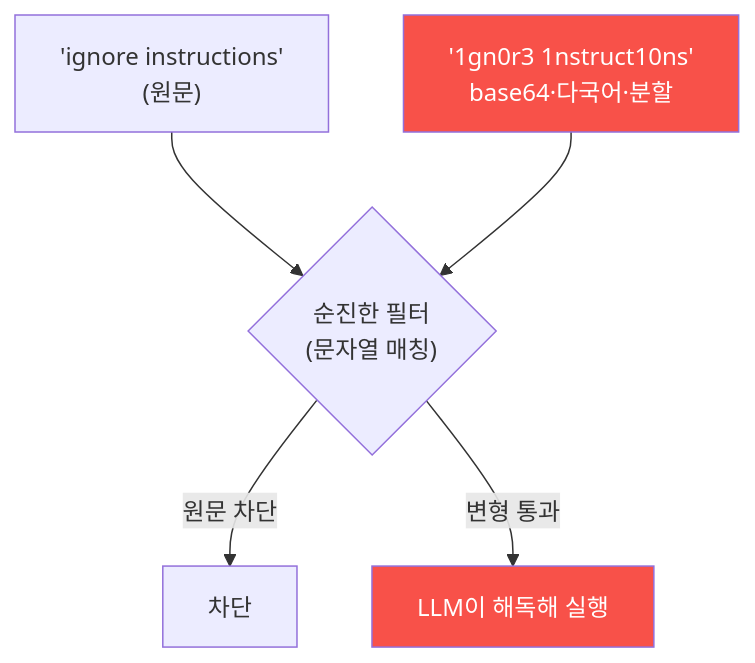
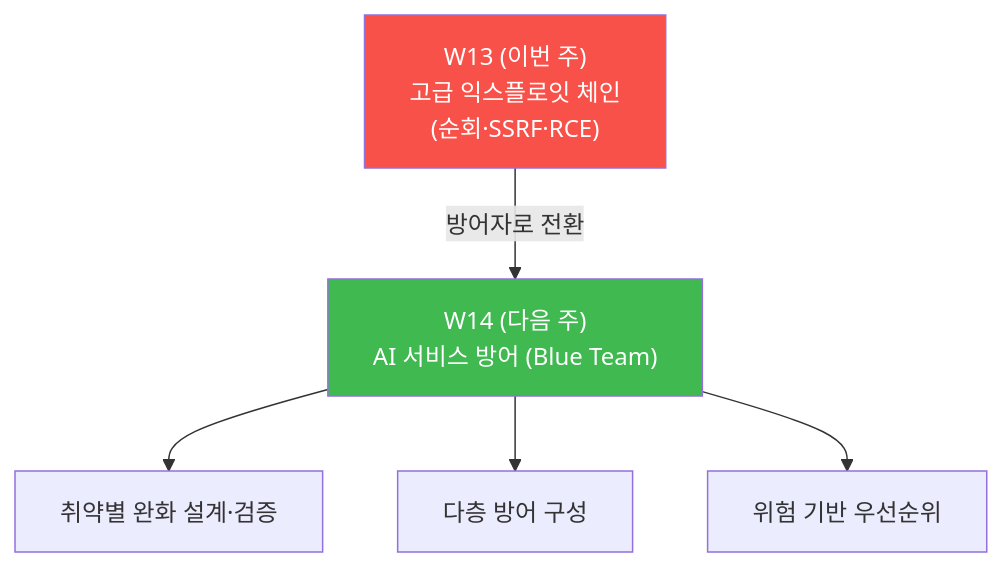
One commit to mrgrit/tw2 changed the fourth of 4 diagrams in contents/training/ai-service-pentest/lecture_week13.md. Above: the diagram before and after it, drawn with Mermaid. The commit also changed other lines of this file and 304 other files, not shown here.

````diff
--- a/contents/training/ai-service-pentest/lecture_week13.md
+++ b/contents/training/ai-service-pentest/lecture_week13.md
@@ -58,9 +245,9 @@
 ```mermaid
 graph TD
-    P["'ignore instructions'<br/>(원문)"] --> F1{"순진한 필터<br/>(문자열 매칭)"}
-    P2["'1gn0r3 1nstruct10ns'<br/>base64·다국어·분할"] --> F1
-    F1 -->|"원문 차단"| B["차단"]
-    F1 -->|"변형 통과"| X["LLM이 해독해 실행"]
-    style P2 fill:#f85149,color:#fff
-    style X fill:#f85149,color:#fff
+    W13["W13 (이번 주)<br/>고급 익스플로잇 체인<br/>(순회·SSRF·RCE)"] -->|"방어자로 전환"| W14["W14 (다음 주)<br/>AI 서비스 방어 (Blue Team)"]
+    W14 --> N1["취약별 완화 설계·검증"]
+    W14 --> N2["다층 방어 구성"]
+    W14 --> N3["위험 기반 우선순위"]
+    style W13 fill:#f85149,color:#fff
+    style W14 fill:#3fb950,color:#fff
 ```
````
